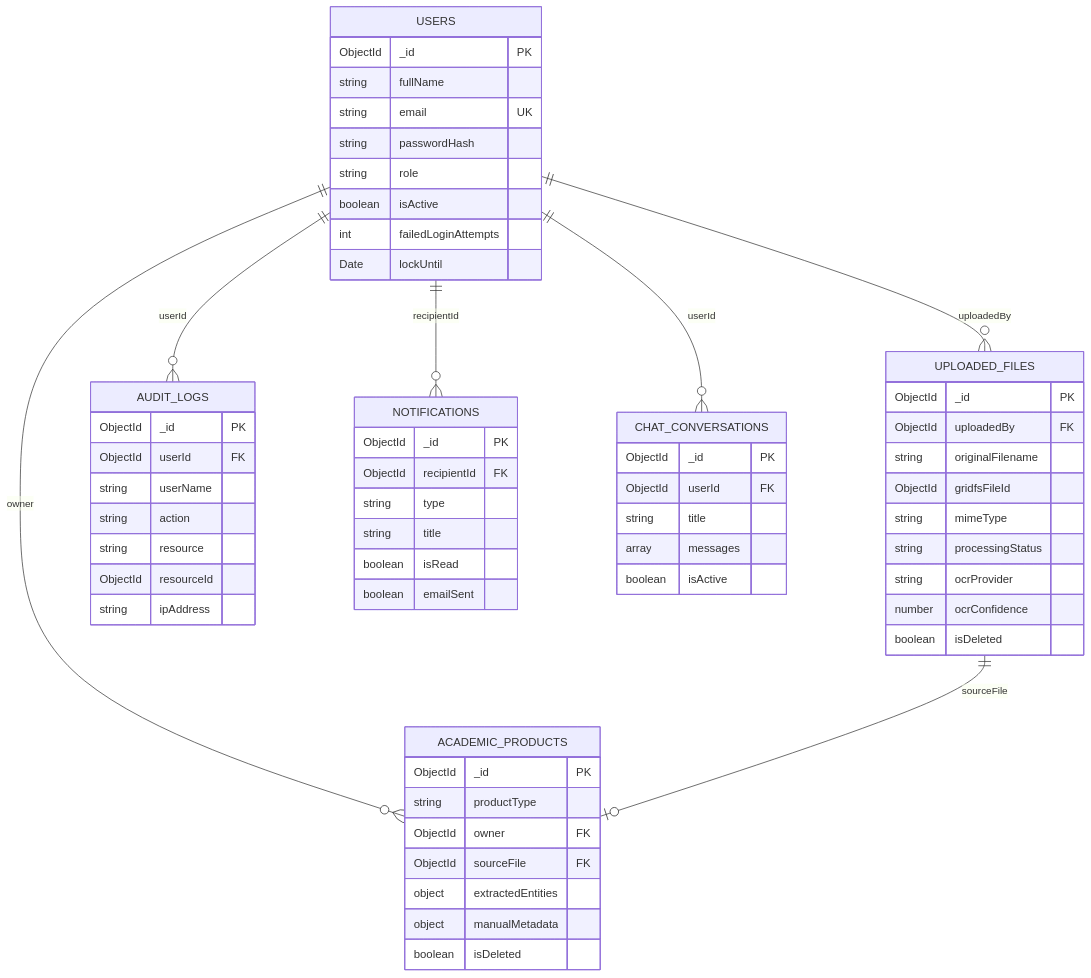
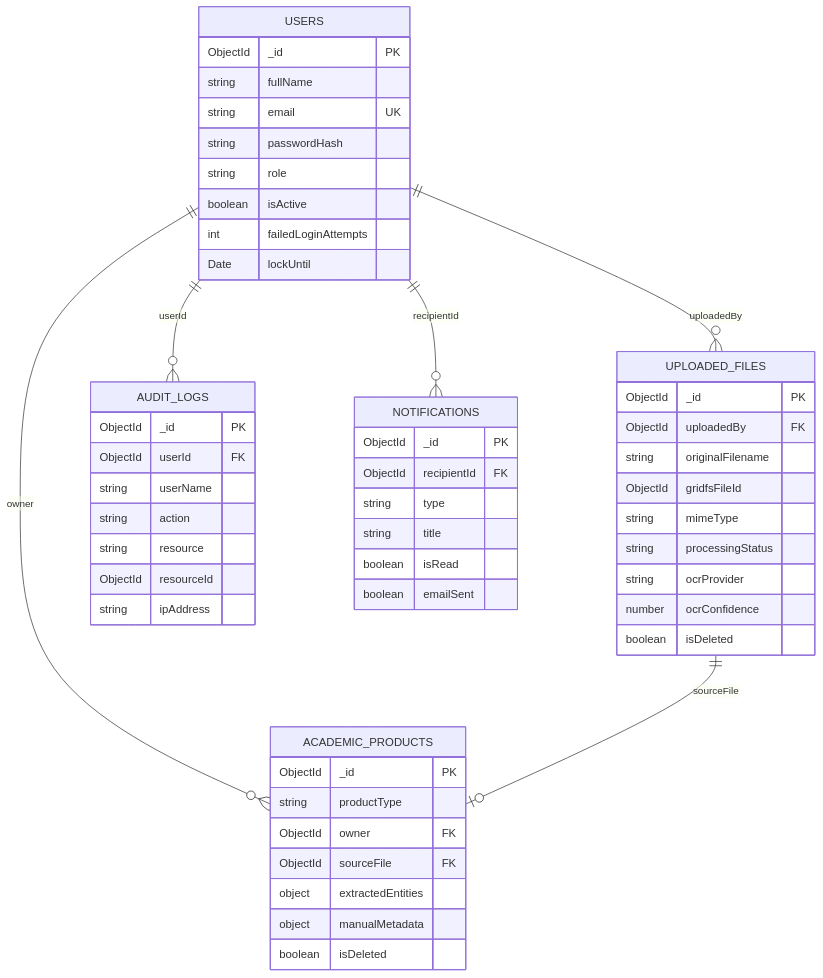
Before and after one commit to KarloZ7715/SIPAc: the diagram in docs/analisis-diseno/documentacion/04-modelo-datos.md, drawn with Mermaid. The commit also changed other lines of this file and 15 other files, not shown here.

````diff
--- a/docs/analisis-diseno/documentacion/04-modelo-datos.md
+++ b/docs/analisis-diseno/documentacion/04-modelo-datos.md
@@ -932,69 +1041,60 @@
 ```mermaid
 erDiagram
     USERS {
         ObjectId _id PK
         string fullName
         string email UK
         string passwordHash
         string role
         boolean isActive
         int failedLoginAttempts
         Date lockUntil
     }
 
     UPLOADED_FILES {
         ObjectId _id PK
         ObjectId uploadedBy FK
         string originalFilename
         ObjectId gridfsFileId
         string mimeType
         string processingStatus
         string ocrProvider
         number ocrConfidence
         boolean isDeleted
     }
 
     ACADEMIC_PRODUCTS {
         ObjectId _id PK
         string productType
         ObjectId owner FK
         ObjectId sourceFile FK
         object extractedEntities
         object manualMetadata
         boolean isDeleted
     }
 
     AUDIT_LOGS {
         ObjectId _id PK
         ObjectId userId FK
         string userName
         string action
         string resource
         ObjectId resourceId
         string ipAddress
     }
 
     NOTIFICATIONS {
         ObjectId _id PK
         ObjectId recipientId FK
         string type
         string title
         boolean isRead
         boolean emailSent
     }
 
-    CHAT_CONVERSATIONS {
-        ObjectId _id PK
-        ObjectId userId FK
-        string title
-        array messages
-        boolean isActive
-    }
-
     USERS ||--o{ UPLOADED_FILES : "uploadedBy"
     USERS ||--o{ ACADEMIC_PRODUCTS : "owner"
     USERS ||--o{ AUDIT_LOGS : "userId"
     USERS ||--o{ NOTIFICATIONS : "recipientId"
     UPLOADED_FILES ||--o| ACADEMIC_PRODUCTS : "sourceFile"
-    USERS ||--o{ CHAT_CONVERSATIONS : "userId"
 ```
````
